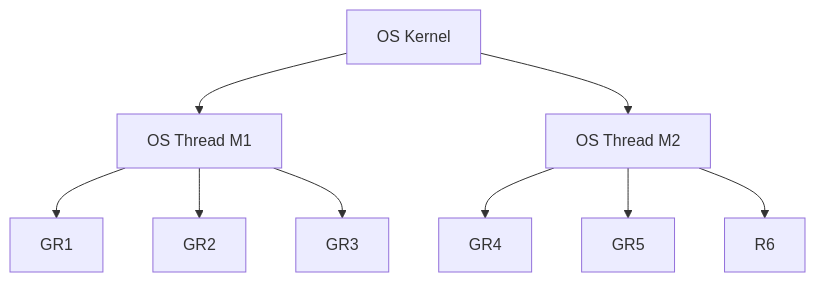
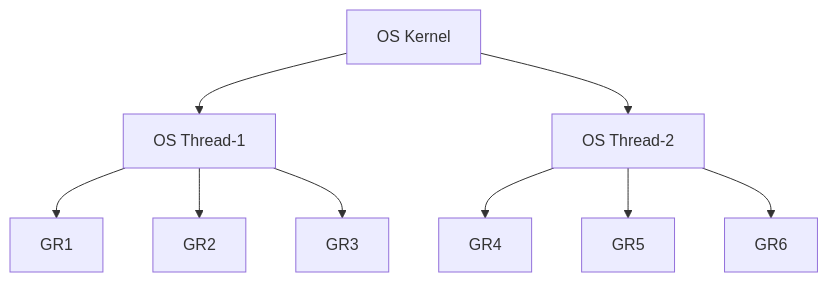
Before and after one commit to alohamujeeb/alohamujeeb.github.io: the first of 3 diagrams in docs/programming/languages/golang101/11-goroutines.md, drawn with Mermaid. The commit also changed other lines of this file, not shown here.

````diff
--- a/docs/programming/languages/golang101/11-goroutines.md
+++ b/docs/programming/languages/golang101/11-goroutines.md
@@ -49,15 +45,15 @@
 ```mermaid
 graph TD
     OSK[OS Kernel]
 
-    OSK --> T1[OS Thread M1]
-    OSK --> T2[OS Thread M2]
+    OSK --> T1["OS Thread-1"]
+    OSK --> T2["OS Thread-2"]
 
     T1 --> GR1[GR1]
     T1 --> GR2[GR2]
     T1 --> GR3[GR3]
 
     T2 --> GR4[GR4]
     T2 --> GR5[GR5]
-    T2 --> GR6[R6]
-``` 
+    T2 --> GR6[GR6]
+```
````
